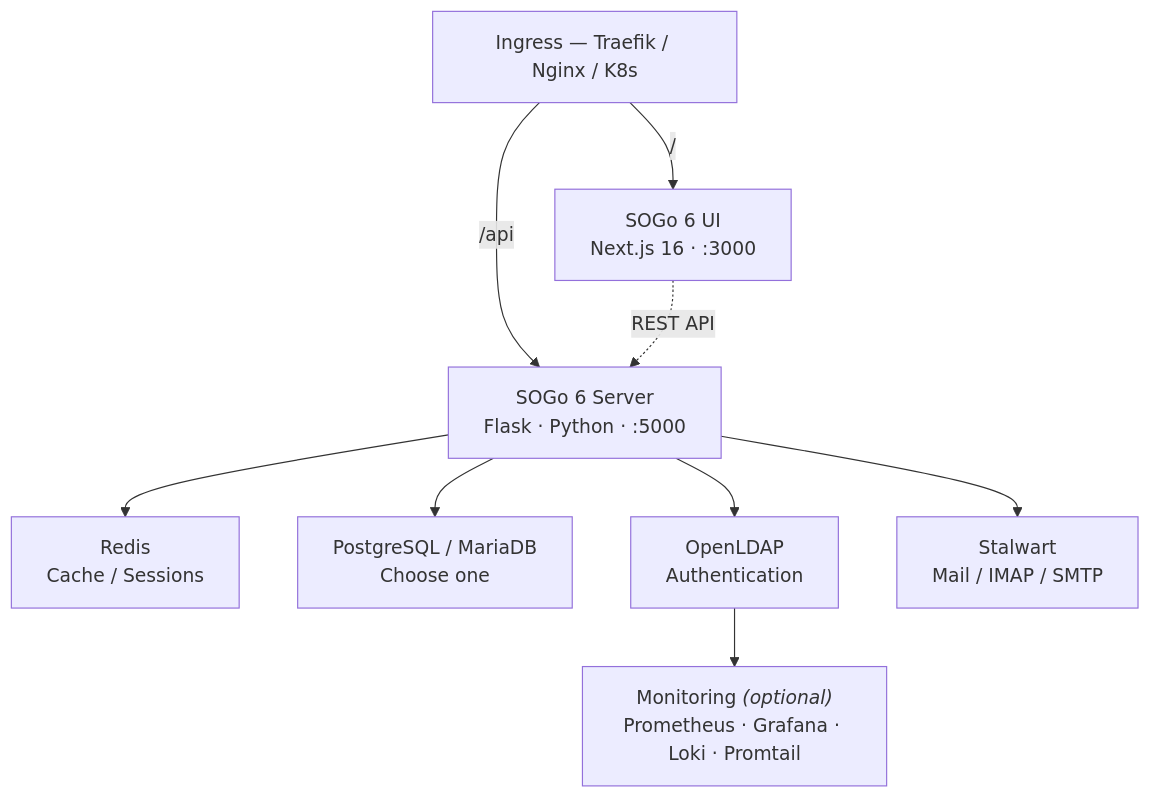
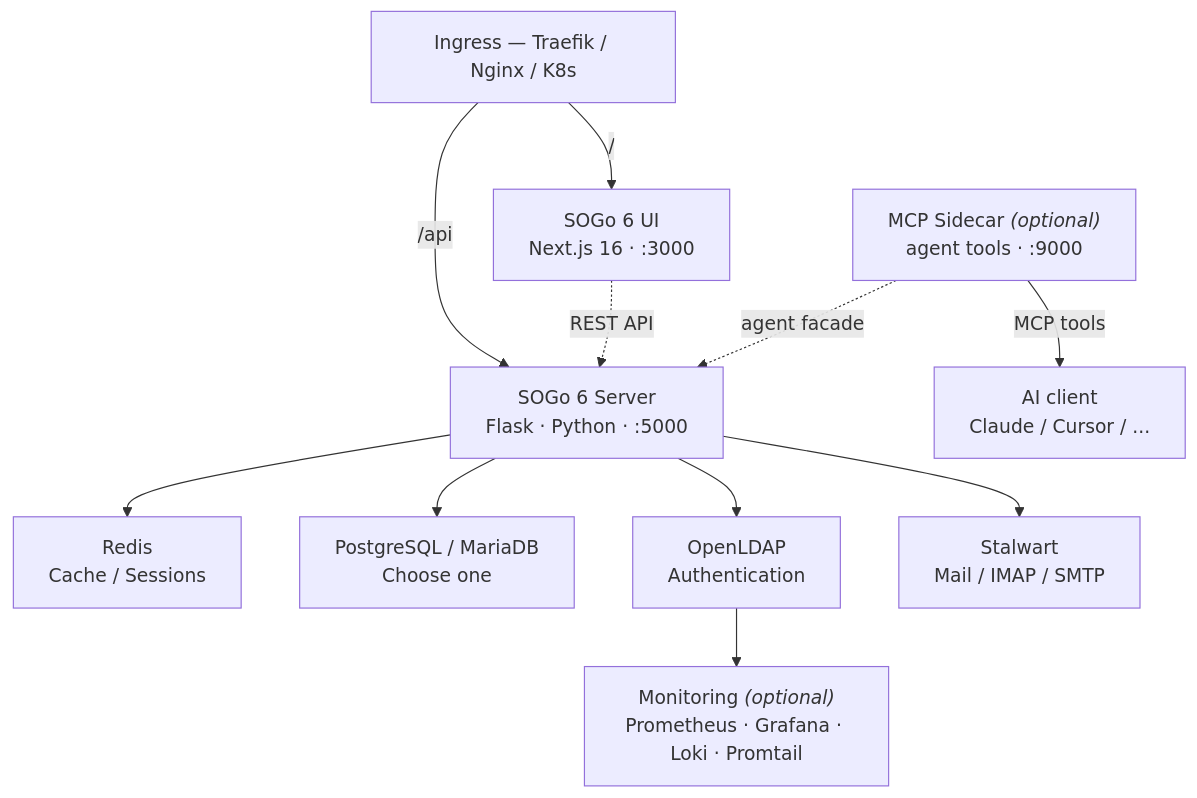
Before and after one commit to tobias-weiss-ai-xr/SOGo6-dockerized: the diagram in README.md, drawn with Mermaid. The commit also changed other lines of this file and 7 other files, not shown here.

First line of the commit message:
fix(mcp): URL-encode path values, sidecar healthcheck, pinned deps, docs

````diff
--- a/README.md
+++ b/README.md
@@ -22,20 +22,23 @@
 ```mermaid
 graph TD
     ingress["Ingress — Traefik / Nginx / K8s"]
     server["SOGo 6 Server<br/>Flask · Python · :5000"]
     ui["SOGo 6 UI<br/>Next.js 16 · :3000"]
     redis["Redis<br/>Cache / Sessions"]
     db["PostgreSQL / MariaDB<br/>Choose one"]
     ldap["OpenLDAP<br/>Authentication"]
     stalwart["Stalwart<br/>Mail / IMAP / SMTP"]
     monitoring["Monitoring <i>(optional)</i><br/>Prometheus · Grafana · Loki · Promtail"]
+    mcp["MCP Sidecar <i>(optional)</i><br/>agent tools · :9000"]
 
     ingress -- "/api" --> server
     ingress -- "/" --> ui
     ui -.->|"REST API"| server
     server --> redis
     server --> db
     server --> ldap
     server --> stalwart
+    mcp -.->|"agent facade"| server
+    mcp -- "MCP tools" --> mcp_client["AI client<br/>Claude / Cursor / ..."]
     ldap --> monitoring
 ```
````
